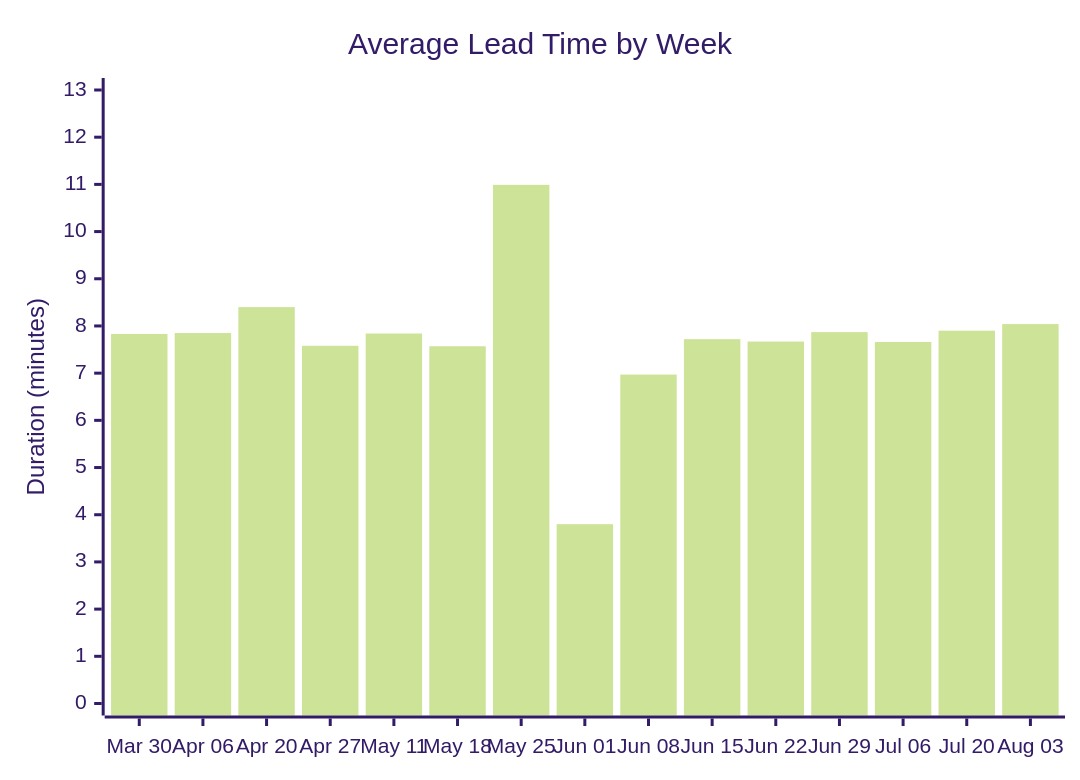
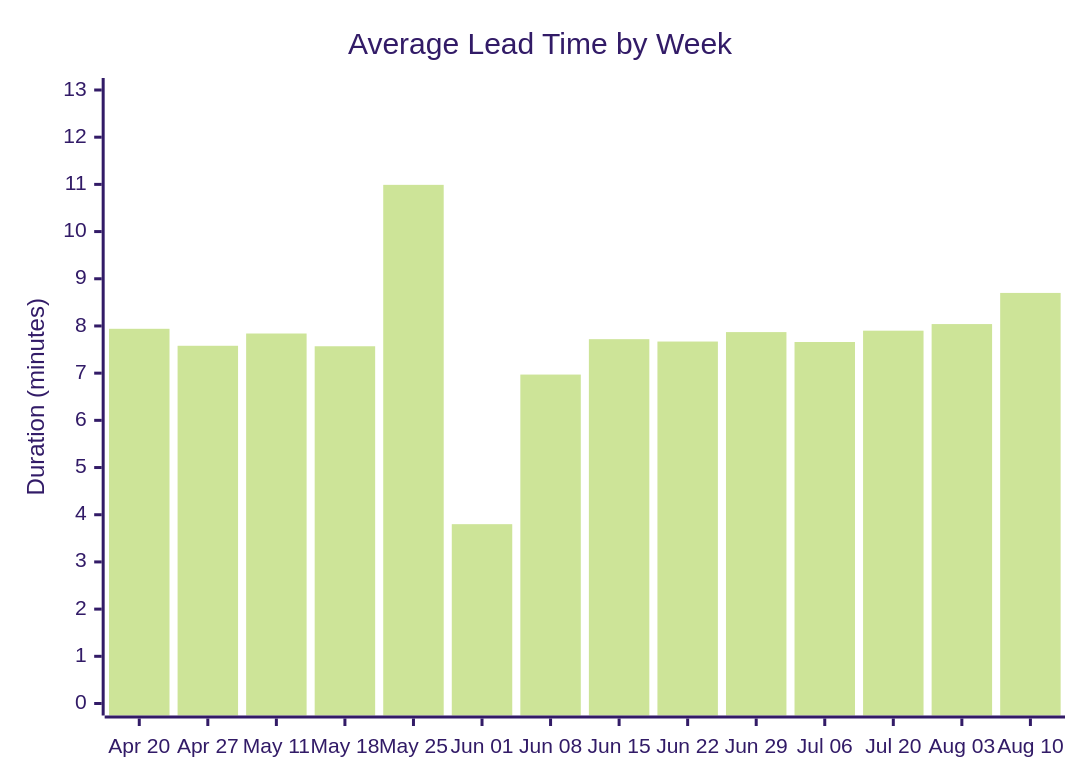
One commit to ukma-cs-ssdm-2025/rate-ukma changed the second of 4 diagrams in docs/ci-cd/dora-summary.md. Above: the diagram before and after it, drawn with Mermaid (forest theme). The commit also changed other lines of this file, not shown here.

````diff
--- a/docs/ci-cd/dora-summary.md
+++ b/docs/ci-cd/dora-summary.md
@@ -29,7 +30,7 @@
 ```mermaid
 xychart-beta
     title "Average Lead Time by Week"
-    x-axis ["Mar 30", "Apr 06", "Apr 20", "Apr 27", "May 11", "May 18", "May 25", "Jun 01", "Jun 08", "Jun 15", "Jun 22", "Jun 29", "Jul 06", "Jul 20", "Aug 03"]
+    x-axis ["Apr 20", "Apr 27", "May 11", "May 18", "May 25", "Jun 01", "Jun 08", "Jun 15", "Jun 22", "Jun 29", "Jul 06", "Jul 20", "Aug 03", "Aug 10"]
     y-axis "Duration (minutes)" 0 --> 13
-    bar [7.83, 7.85, 8.40, 7.58, 7.84, 7.57, 10.99, 3.80, 6.97, 7.72, 7.67, 7.87, 7.66, 7.90, 8.04]
+    bar [7.94, 7.58, 7.84, 7.57, 10.99, 3.80, 6.97, 7.72, 7.67, 7.87, 7.66, 7.90, 8.04, 8.70]
 ```
````
